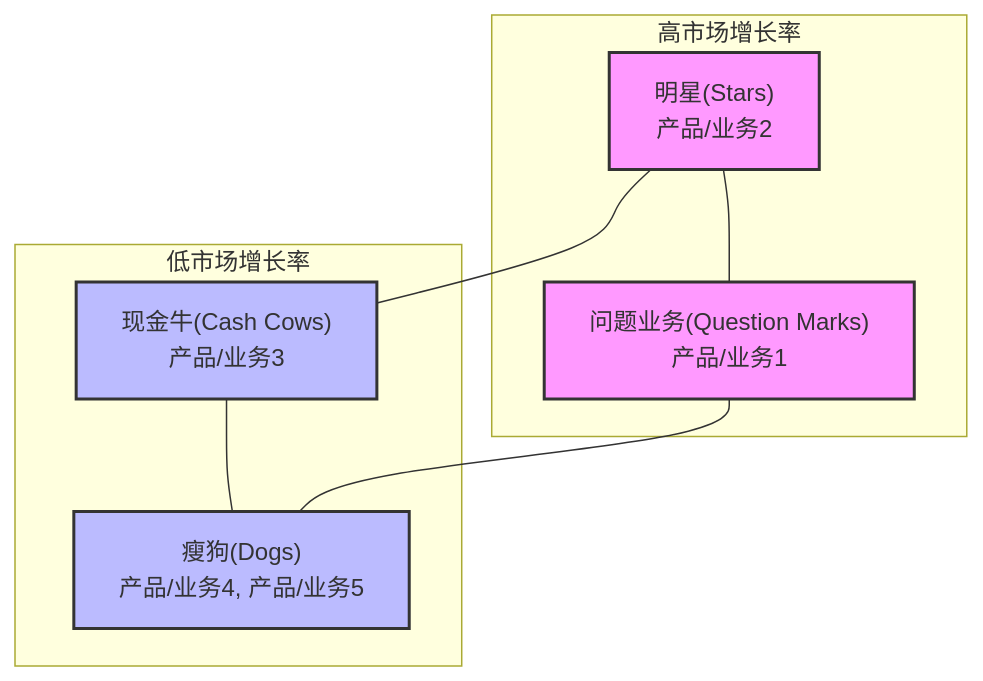
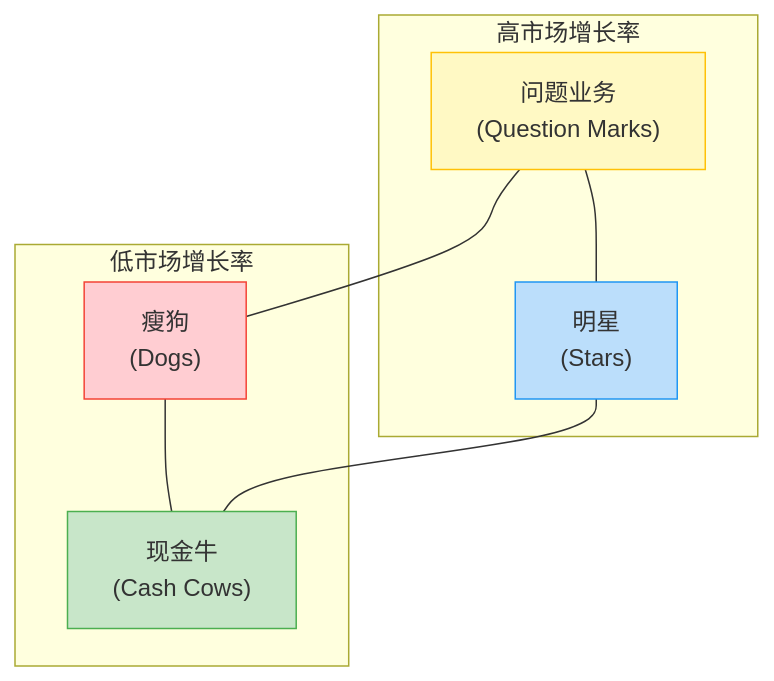
Before and after one commit to amcoimg/my-digital-garden: the diagram in src/site/notes/知识共享/002_商业分析/04_模板/01_分析框架/BCG矩阵分析模板.md, drawn with Mermaid.

Commit message:
Published multiple files

````diff
--- a/src/site/notes/知识共享/002_商业分析/04_模板/01_分析框架/BCG矩阵分析模板.md
+++ b/src/site/notes/知识共享/002_商业分析/04_模板/01_分析框架/BCG矩阵分析模板.md
@@ -91,16 +91,17 @@
 ```mermaid
-graph TB
+graph TD
     subgraph "高市场增长率"
-    A["明星(Stars)<br>产品/业务2"] --- B["问题业务(Question Marks)<br>产品/业务1"]
+    A["问题业务<br>(Question Marks)"] --- B["明星<br>(Stars)"]
     end
     subgraph "低市场增长率"
-    C["现金牛(Cash Cows)<br>产品/业务3"] --- D["瘦狗(Dogs)<br>产品/业务4, 产品/业务5"]
+    C["瘦狗<br>(Dogs)"] --- D["现金牛<br>(Cash Cows)"]
     end
+    
     A --- C
     B --- D
     
-    classDef high fill:#f9f,stroke:#333,stroke-width:2px
-    classDef low fill:#bbf,stroke:#333,stroke-width:2px
-    class A,B high
-    class C,D low
+    style A fill:#FFF9C4,stroke:#FFC107
+    style B fill:#BBDEFB,stroke:#2196F3
+    style C fill:#FFCDD2,stroke:#F44336
+    style D fill:#C8E6C9,stroke:#4CAF50
 ```
````
